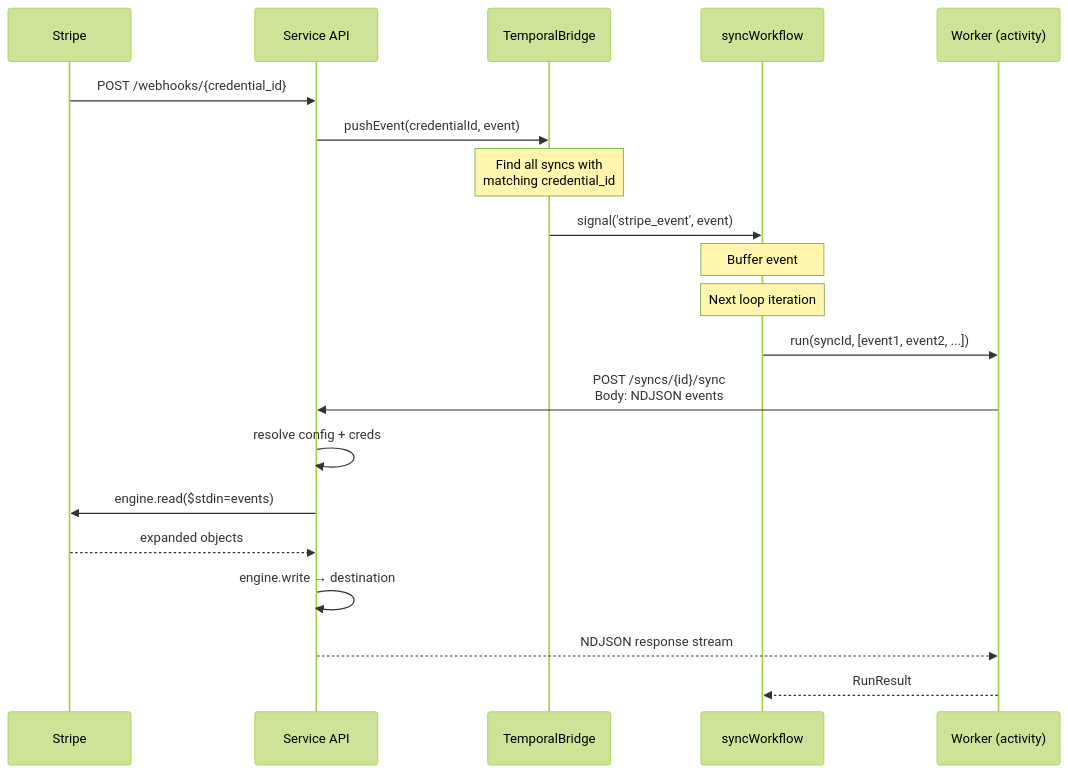
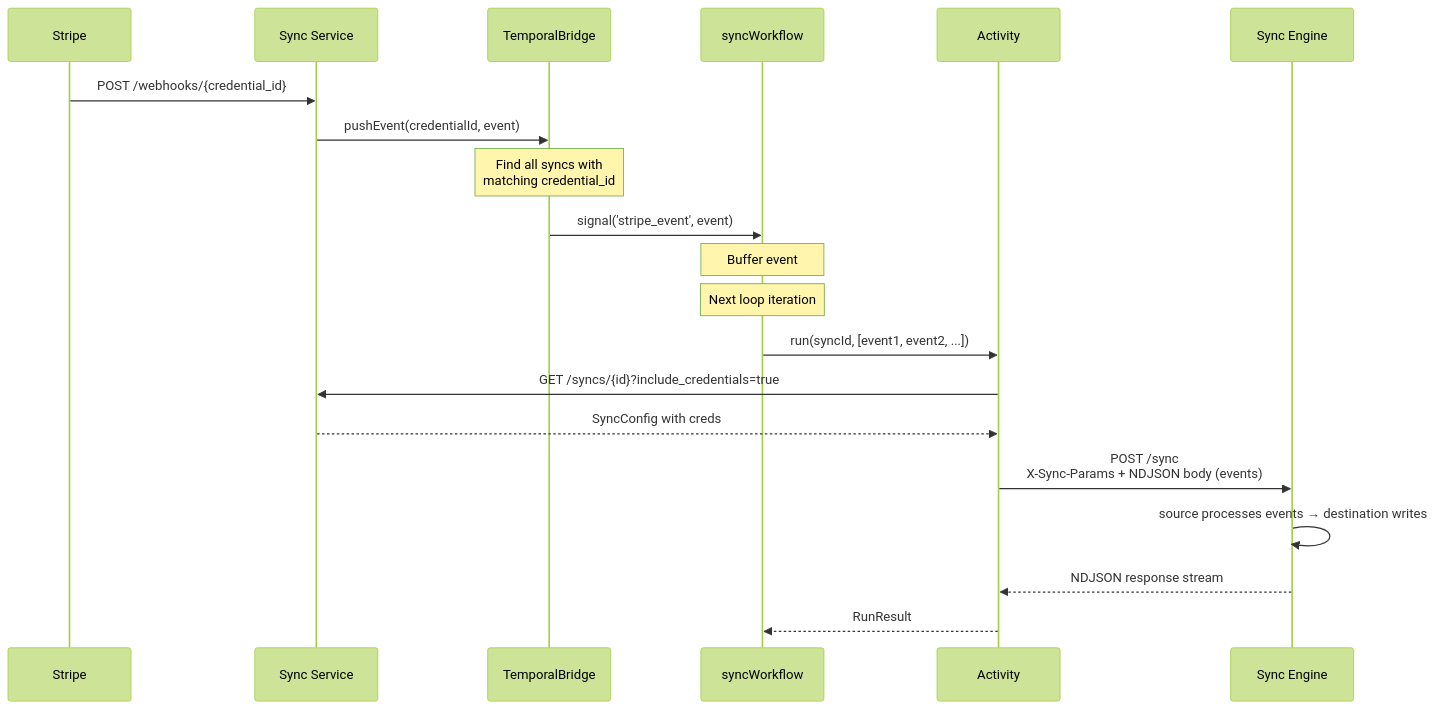
The third of 5 diagrams in docs/pages/service/temporal.md (supabase/stripe-sync-engine), drawn with Mermaid (forest theme) before and after one commit. The commit also changed other lines of this file, not shown here.

First line of the commit message:
Update temporal doc: two-server architecture + activity flow

````diff
--- a/docs/pages/service/temporal.md
+++ b/docs/pages/service/temporal.md
@@ -71,27 +113,27 @@
 ```mermaid
 sequenceDiagram
     participant Stripe
-    participant Service as Service API
+    participant Service as Sync Service
     participant Bridge as TemporalBridge
     participant Workflow as syncWorkflow
-    participant Worker as Worker (activity)
+    participant Activity
+    participant Engine as Sync Engine
 
     Stripe->>Service: POST /webhooks/{credential_id}
     Service->>Bridge: pushEvent(credentialId, event)
 
     Note over Bridge: Find all syncs with<br/>matching credential_id
 
     Bridge->>Workflow: signal('stripe_event', event)
     Note over Workflow: Buffer event
 
     Note over Workflow: Next loop iteration
 
-    Workflow->>Worker: run(syncId, [event1, event2, ...])
-    Worker->>Service: POST /syncs/{id}/sync<br/>Body: NDJSON events
-    Service->>Service: resolve config + creds
-    Service->>Stripe: engine.read($stdin=events)
-    Stripe-->>Service: expanded objects
-    Service->>Service: engine.write → destination
-    Service-->>Worker: NDJSON response stream
-    Worker-->>Workflow: RunResult
+    Workflow->>Activity: run(syncId, [event1, event2, ...])
+    Activity->>Service: GET /syncs/{id}?include_credentials=true
+    Service-->>Activity: SyncConfig with creds
+    Activity->>Engine: POST /sync<br/>X-Sync-Params + NDJSON body (events)
+    Engine->>Engine: source processes events → destination writes
+    Engine-->>Activity: NDJSON response stream
+    Activity-->>Workflow: RunResult
 ```
````
